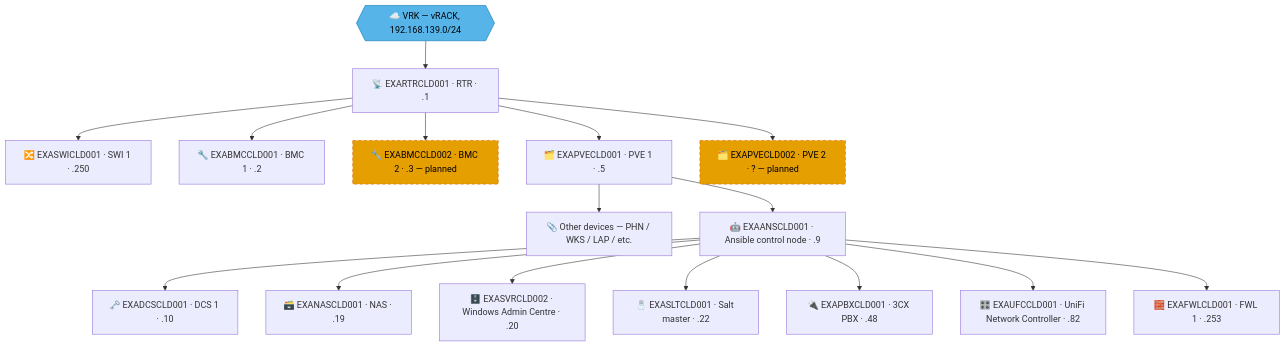
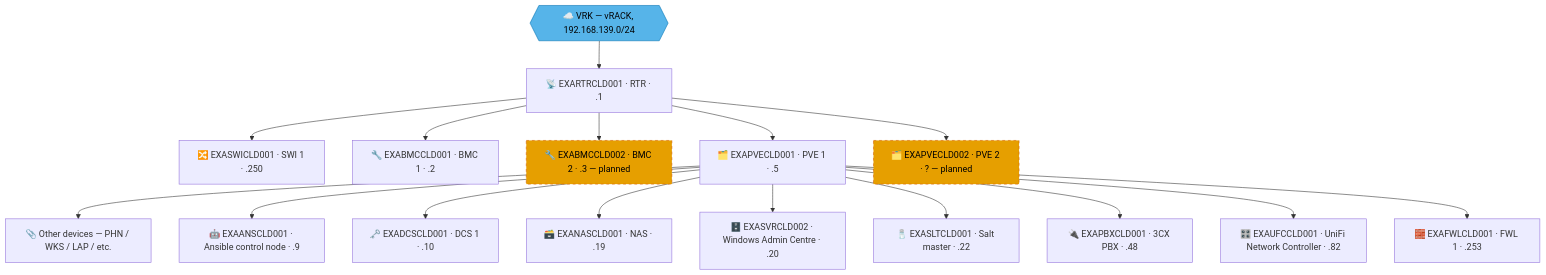
One commit to knightmare2600/example_music_infra changed the second of 2 diagrams in docs/network-diagram/cld.md. Above: the diagram before and after it, drawn with Mermaid. The commit also changed other lines of this file, not shown here.

First line of the commit message:
docs/network-diagram/cld.md: fix CLD topology sketch to match Robert's ASCII exactly

````diff
--- a/docs/network-diagram/cld.md
+++ b/docs/network-diagram/cld.md
@@ -79,39 +57,39 @@
 ```mermaid
 graph TD
     T_VRK{{"☁️ VRK — vRACK, 192.168.139.0/24"}}
     T_RTR["📡 EXARTRCLD001 · RTR · .1"]
     T_SWI["🔀 EXASWICLD001 · SWI 1 · .250"]
     T_BMC1["🔧 EXABMCCLD001 · BMC 1 · .2"]
     T_BMC2["🔧 EXABMCCLD002 · BMC 2 · .3 — planned"]
     T_PVE1["🗂️ EXAPVECLD001 · PVE 1 · .5"]
     T_PVE2["🗂️ EXAPVECLD002 · PVE 2 · ? — planned"]
     T_OTHER["📎 Other devices — PHN / WKS / LAP / etc."]
     T_ANS["🤖 EXAANSCLD001 · Ansible control node · .9"]
     T_DCS["🗝️ EXADCSCLD001 · DCS 1 · .10"]
     T_NAS["🗃️ EXANASCLD001 · NAS · .19"]
     T_SVR["🗄️ EXASVRCLD002 · Windows Admin Centre · .20"]
     T_SLT["🧂 EXASLTCLD001 · Salt master · .22"]
     T_PBX["🔌 EXAPBXCLD001 · 3CX PBX · .48"]
     T_UFC["🎛️ EXAUFCCLD001 · UniFi Network Controller · .82"]
     T_FWL["🧱 EXAFWLCLD001 · FWL 1 · .253"]
 
     T_VRK --> T_RTR
     T_RTR --> T_SWI
     T_RTR --> T_BMC1
     T_RTR --> T_BMC2
     T_RTR --> T_PVE1
     T_RTR --> T_PVE2
     T_PVE1 --> T_OTHER
     T_PVE1 --> T_ANS
-    T_ANS --> T_DCS
-    T_ANS --> T_NAS
-    T_ANS --> T_SVR
-    T_ANS --> T_SLT
-    T_ANS --> T_PBX
-    T_ANS --> T_UFC
-    T_ANS --> T_FWL
+    T_PVE1 --> T_DCS
+    T_PVE1 --> T_NAS
+    T_PVE1 --> T_SVR
+    T_PVE1 --> T_SLT
+    T_PVE1 --> T_PBX
+    T_PVE1 --> T_UFC
+    T_PVE1 --> T_FWL
 
     style T_VRK fill:#56B4E9,stroke:#0072B2,color:#000000
     style T_BMC2 fill:#E69F00,stroke:#D55E00,color:#000000,stroke-dasharray: 5 5
     style T_PVE2 fill:#E69F00,stroke:#D55E00,color:#000000,stroke-dasharray: 5 5
 ```
````
